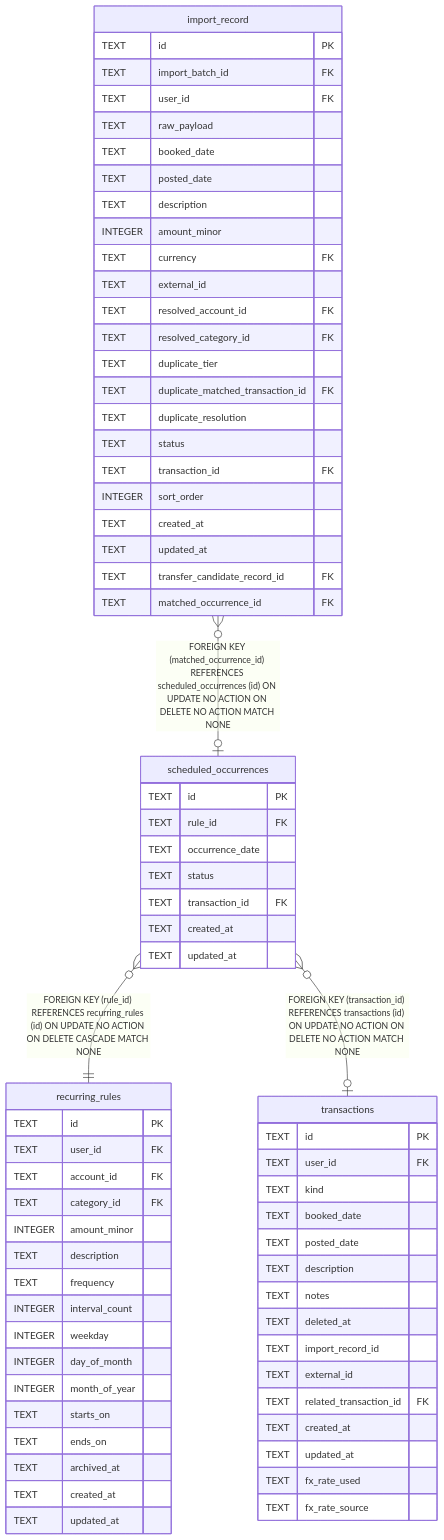
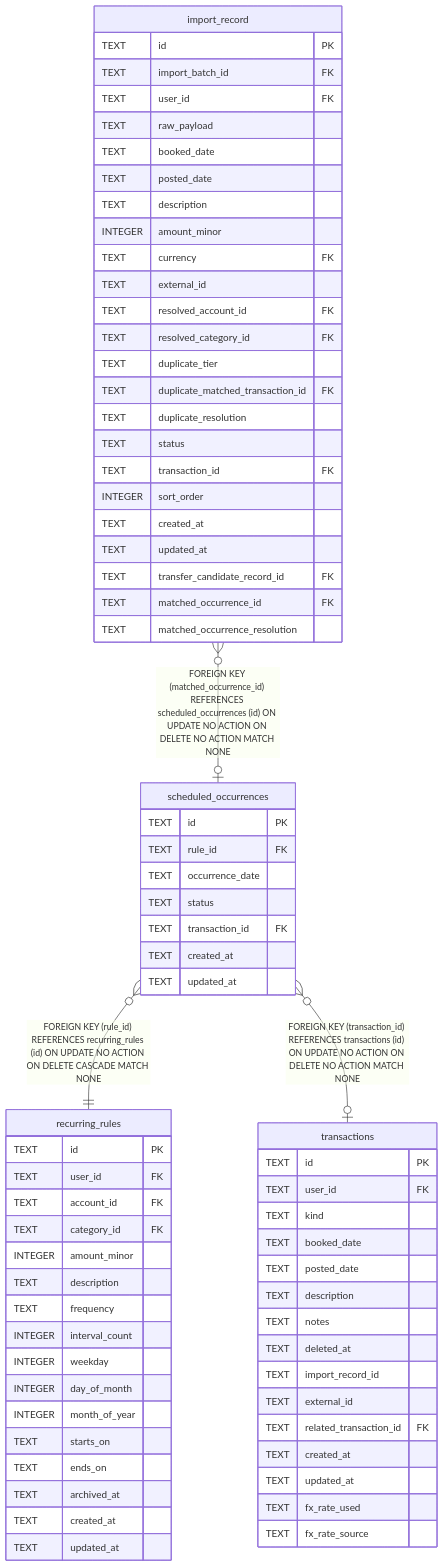
One commit to anirudhgray/bodger changed the diagram in docs/schema/scheduled_occurrences.md. Above: the diagram before and after it, drawn with Mermaid. The commit also changed 31 other files, not shown here.

First line of the commit message:
feat(app,cli,http): gate commit and add resolution for occurrence matches (#312)

````diff
--- a/docs/schema/scheduled_occurrences.md
+++ b/docs/schema/scheduled_occurrences.md
@@ -63,76 +63,77 @@
 ```mermaid
 erDiagram
 
 "import_record" }o--o| "scheduled_occurrences" : "FOREIGN KEY (matched_occurrence_id) REFERENCES scheduled_occurrences (id) ON UPDATE NO ACTION ON DELETE NO ACTION MATCH NONE"
 "scheduled_occurrences" }o--|| "recurring_rules" : "FOREIGN KEY (rule_id) REFERENCES recurring_rules (id) ON UPDATE NO ACTION ON DELETE CASCADE MATCH NONE"
 "scheduled_occurrences" }o--o| "transactions" : "FOREIGN KEY (transaction_id) REFERENCES transactions (id) ON UPDATE NO ACTION ON DELETE NO ACTION MATCH NONE"
 
 "scheduled_occurrences" {
   TEXT id PK
   TEXT rule_id FK
   TEXT occurrence_date
   TEXT status
   TEXT transaction_id FK
   TEXT created_at
   TEXT updated_at
 }
 "import_record" {
   TEXT id PK
   TEXT import_batch_id FK
   TEXT user_id FK
   TEXT raw_payload
   TEXT booked_date
   TEXT posted_date
   TEXT description
   INTEGER amount_minor
   TEXT currency FK
   TEXT external_id
   TEXT resolved_account_id FK
   TEXT resolved_category_id FK
   TEXT duplicate_tier
   TEXT duplicate_matched_transaction_id FK
   TEXT duplicate_resolution
   TEXT status
   TEXT transaction_id FK
   INTEGER sort_order
   TEXT created_at
   TEXT updated_at
   TEXT transfer_candidate_record_id FK
   TEXT matched_occurrence_id FK
+  TEXT matched_occurrence_resolution
 }
 "recurring_rules" {
   TEXT id PK
   TEXT user_id FK
   TEXT account_id FK
   TEXT category_id FK
   INTEGER amount_minor
   TEXT description
   TEXT frequency
   INTEGER interval_count
   INTEGER weekday
   INTEGER day_of_month
   INTEGER month_of_year
   TEXT starts_on
   TEXT ends_on
   TEXT archived_at
   TEXT created_at
   TEXT updated_at
 }
 "transactions" {
   TEXT id PK
   TEXT user_id FK
   TEXT kind
   TEXT booked_date
   TEXT posted_date
   TEXT description
   TEXT notes
   TEXT deleted_at
   TEXT import_record_id
   TEXT external_id
   TEXT related_transaction_id FK
   TEXT created_at
   TEXT updated_at
   TEXT fx_rate_used
   TEXT fx_rate_source
 }
 ```
````
